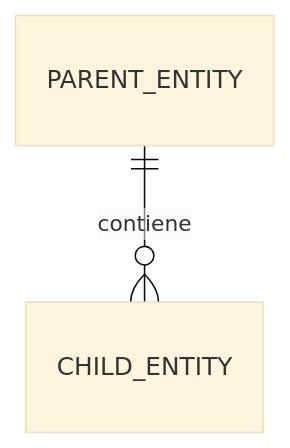
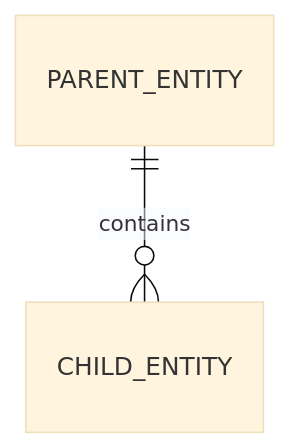
One commit to JeremyJS20/sdd-standard-light changed the third of 3 diagrams in core/templates/module-documentation-template.md. Above: the diagram before and after it, drawn with Mermaid (base theme). The commit also changed other lines of this file and 8 other files, not shown here.

````diff
--- a/core/templates/module-documentation-template.md
+++ b/core/templates/module-documentation-template.md
@@ -68,5 +68,5 @@
 ```mermaid
 erDiagram
-    %% Master ERD consolidando todas las tablas del dominio
-    PARENT_ENTITY ||--o{ CHILD_ENTITY : "contiene"
+    %% Master ERD consolidating all tables belonging to this domain
+    PARENT_ENTITY ||--o{ CHILD_ENTITY : "contains"
 ```
````
